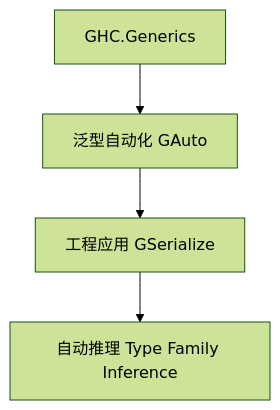
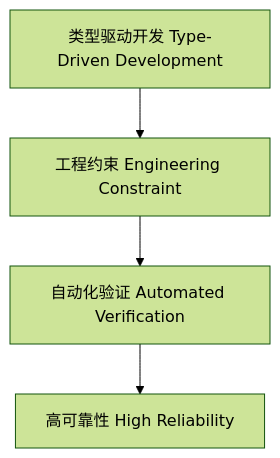
Before and after one commit to AdaMartin18010/haskell: the diagram in docs/analysis/Type/01-Type-Level-Generic-Engineering.md, drawn with Mermaid (forest theme). The commit also changed other lines of this file and 11 other files, not shown here.

````diff
--- a/docs/analysis/Type/01-Type-Level-Generic-Engineering.md
+++ b/docs/analysis/Type/01-Type-Level-Generic-Engineering.md
@@ -68,6 +67,6 @@
 ```mermaid
 graph TD
-  A[GHC.Generics] --> B[泛型自动化 GAuto]
-  B --> C[工程应用 GSerialize]
-  C --> D[自动推理 Type Family Inference]
+  A[类型驱动开发 Type-Driven Development] --> B[工程约束 Engineering Constraint]
+  B --> C[自动化验证 Automated Verification]
+  C --> D[高可靠性 High Reliability]
 ```
````
